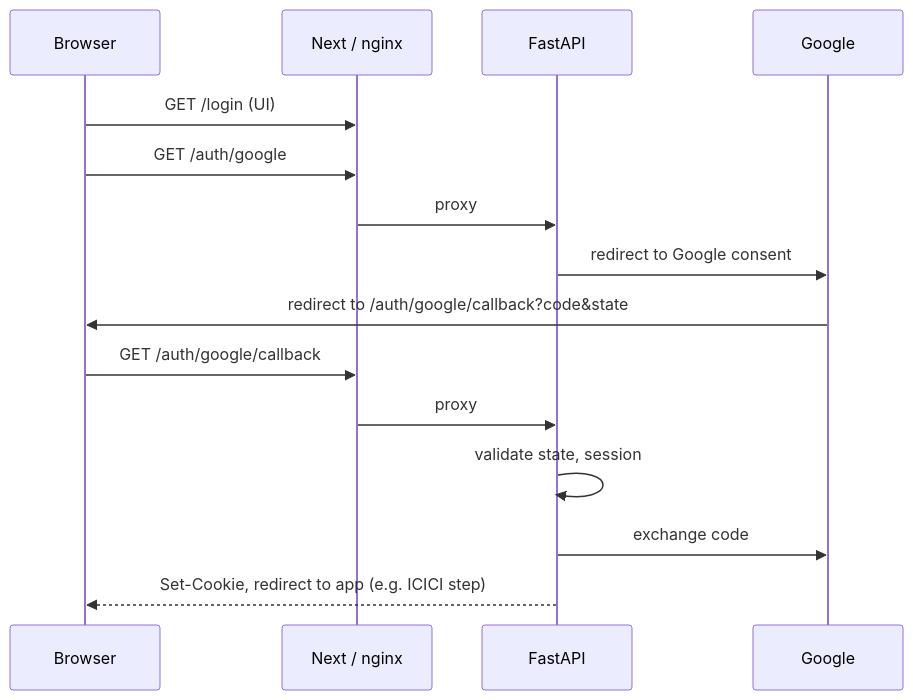
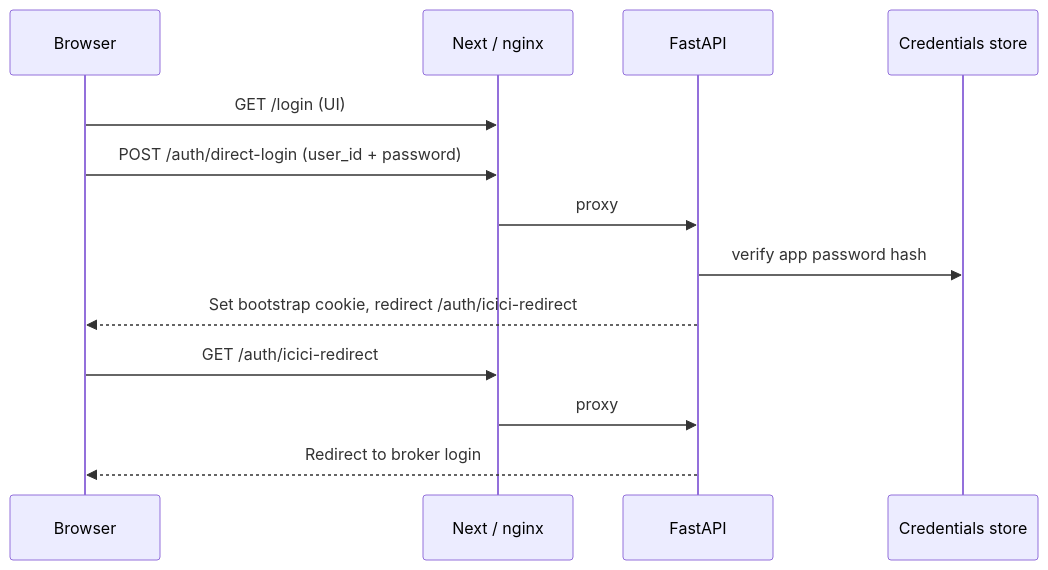
The fourth of 17 diagrams in docs/flows.md (AmitMhatre-Code/breeze-core-engine), drawn with Mermaid before and after one commit. The commit also changed other lines of this file and 10 other files, not shown here.

````diff
--- a/docs/flows.md
+++ b/docs/flows.md
@@ -91,18 +91,16 @@
 ```mermaid
 sequenceDiagram
   participant B as Browser
   participant N as Next / nginx
   participant F as FastAPI
-  participant G as Google
+  participant C as Credentials store
 
   B->>N: GET /login (UI)
-  B->>N: GET /auth/google
+  B->>N: POST /auth/direct-login (user_id + password)
   N->>F: proxy
-  F->>G: redirect to Google consent
-  G->>B: redirect to /auth/google/callback?code&state
-  B->>N: GET /auth/google/callback
+  F->>C: verify app password hash
+  F-->>B: Set bootstrap cookie, redirect /auth/icici-redirect
+  B->>N: GET /auth/icici-redirect
   N->>F: proxy
-  F->>F: validate state, session
-  F->>G: exchange code
-  F-->>B: Set-Cookie, redirect to app (e.g. ICICI step)
+  F-->>B: Redirect to broker login
 ```
````
